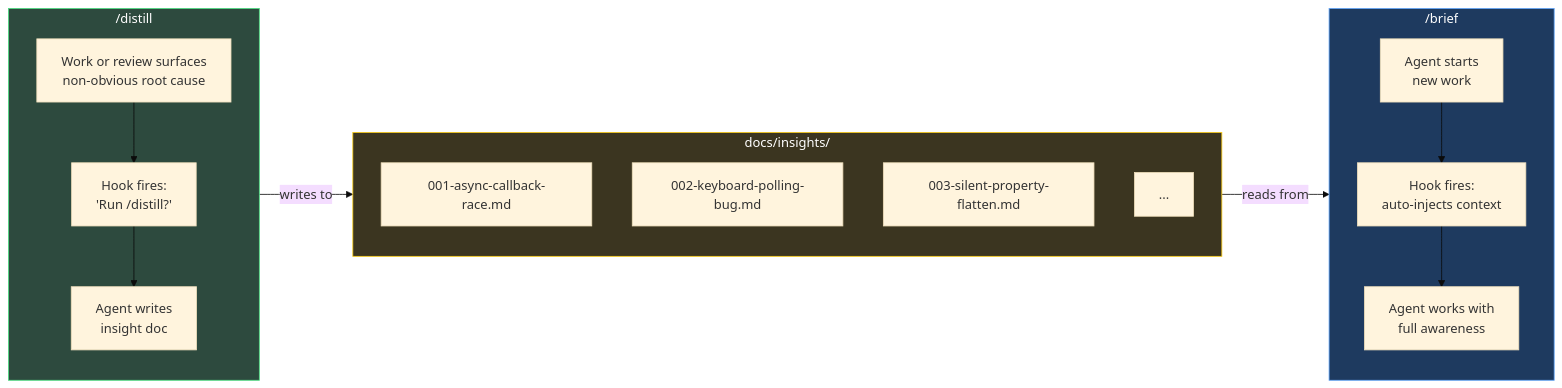
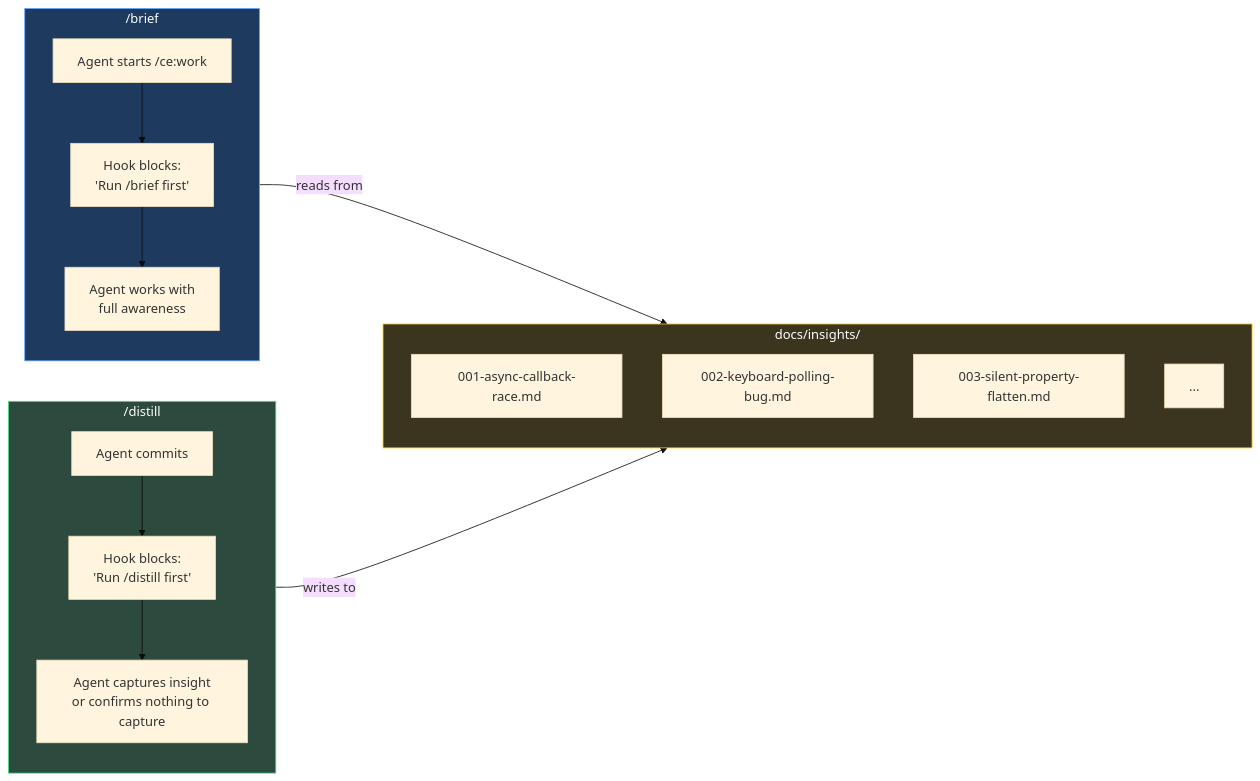
The first of 3 diagrams in projects/skills/distill-and-brief/README.md (mbriggsy/ai-learning-journey), drawn with Mermaid (base theme) before and after one commit. The commit also changed other lines of this file and 5 other files, not shown here.

````diff
--- a/projects/skills/distill-and-brief/README.md
+++ b/projects/skills/distill-and-brief/README.md
@@ -33,33 +33,33 @@
 ```mermaid
 flowchart LR
-    subgraph DISTILL ["  /distill  "]
+    subgraph BRIEF ["  /brief  "]
         direction TB
-        D1["Work or review surfaces\nnon-obvious root cause"]
-        D2["Hook fires:\n'Run /distill?'"]
-        D3["Agent writes\ninsight doc"]
-        D1 --> D2 --> D3
+        B1["Agent starts /ce:work"]
+        B2["Hook blocks:\n'Run /brief first'"]
+        B3["Agent works with\nfull awareness"]
+        B1 --> B2 --> B3
     end
 
     subgraph KB ["  docs/insights/  "]
         direction TB
         S1["001-async-callback-race.md"]
         S2["002-keyboard-polling-bug.md"]
         S3["003-silent-property-flatten.md"]
         S4["..."]
     end
 
-    subgraph BRIEF ["  /brief  "]
+    subgraph DISTILL ["  /distill  "]
         direction TB
-        B1["Agent starts\nnew work"]
-        B2["Hook fires:\nauto-injects context"]
-        B3["Agent works with\nfull awareness"]
-        B1 --> B2 --> B3
+        D1["Agent commits"]
+        D2["Hook blocks:\n'Run /distill first'"]
+        D3["Agent captures insight\nor confirms nothing to capture"]
+        D1 --> D2 --> D3
     end
 
+    BRIEF -->|"reads from"| KB
     DISTILL -->|"writes to"| KB
-    KB -->|"reads from"| BRIEF
 
     style DISTILL fill:#2d4a3e,stroke:#4ade80,color:#fff
     style KB fill:#3b3520,stroke:#facc15,color:#fff
     style BRIEF fill:#1e3a5f,stroke:#60a5fa,color:#fff
 ```
````
